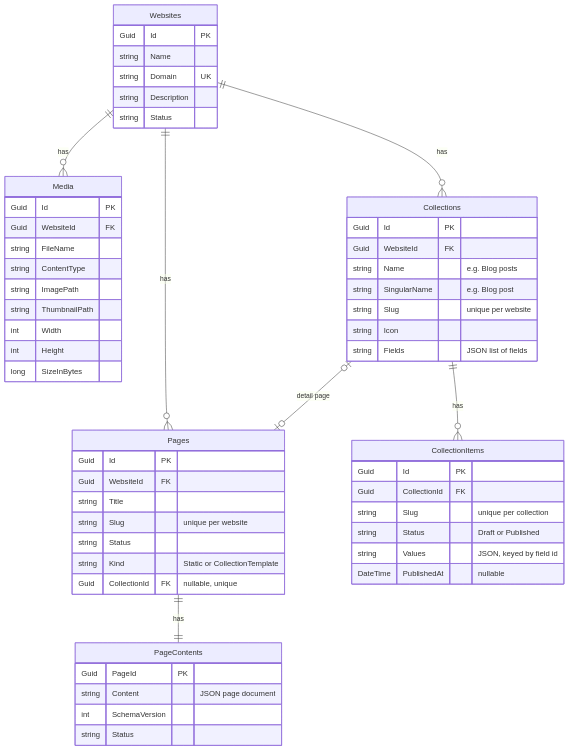
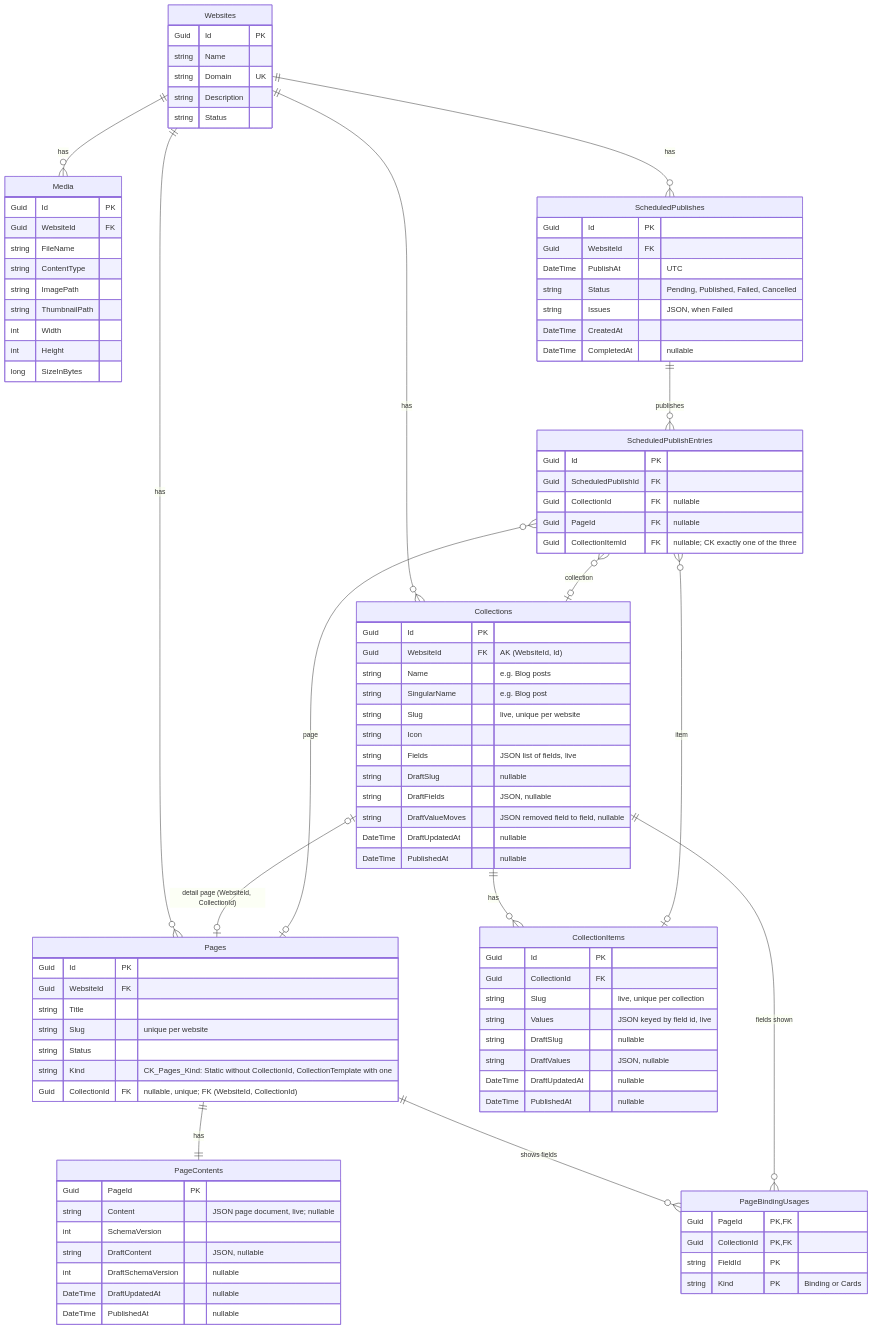
The first of 2 diagrams in src/api/README.md (ericvdberge/Forma), drawn with Mermaid before and after one commit. The commit also changed other lines of this file and 4 other files, not shown here.

````diff
--- a/src/api/README.md
+++ b/src/api/README.md
@@ -30,9 +32,16 @@
     Websites ||--o{ Pages : "has"
     Websites ||--o{ Media : "has"
     Websites ||--o{ Collections : "has"
+    Websites ||--o{ ScheduledPublishes : "has"
     Pages ||--|| PageContents : "has"
     Collections ||--o{ CollectionItems : "has"
-    Collections |o--o| Pages : "detail page"
+    Collections |o--o| Pages : "detail page (WebsiteId, CollectionId)"
+    Pages ||--o{ PageBindingUsages : "shows fields"
+    Collections ||--o{ PageBindingUsages : "fields shown"
+    ScheduledPublishes ||--o{ ScheduledPublishEntries : "publishes"
+    ScheduledPublishEntries }o--o| Collections : "collection"
+    ScheduledPublishEntries }o--o| Pages : "page"
+    ScheduledPublishEntries }o--o| CollectionItems : "item"
 
     Websites {
         Guid Id PK
@@ -47,14 +56,17 @@
         string Title
         string Slug "unique per website"
         string Status
-        string Kind "Static or CollectionTemplate"
-        Guid CollectionId FK "nullable, unique"
+        string Kind "CK_Pages_Kind: Static without CollectionId, CollectionTemplate with one"
+        Guid CollectionId FK "nullable, unique; FK (WebsiteId, CollectionId)"
     }
     PageContents {
         Guid PageId PK
-        string Content "JSON page document"
+        string Content "JSON page document, live; nullable"
         int SchemaVersion
-        string Status
+        string DraftContent "JSON, nullable"
+        int DraftSchemaVersion "nullable"
+        DateTime DraftUpdatedAt "nullable"
+        DateTime PublishedAt "nullable"
     }
     Media {
         Guid Id PK
@@ -69,19 +81,48 @@
     }
     Collections {
         Guid Id PK
-        Guid WebsiteId FK
+        Guid WebsiteId FK "AK (WebsiteId, Id)"
         string Name "e.g. Blog posts"
         string SingularName "e.g. Blog post"
-        string Slug "unique per website"
+        string Slug "live, unique per website"
         string Icon
-        string Fields "JSON list of fields"
+        string Fields "JSON list of fields, live"
+        string DraftSlug "nullable"
+        string DraftFields "JSON, nullable"
+        string DraftValueMoves "JSON removed field to field, nullable"
+        DateTime DraftUpdatedAt "nullable"
+        DateTime PublishedAt "nullable"
     }
     CollectionItems {
         Guid Id PK
         Guid CollectionId FK
-        string Slug "unique per collection"
-        string Status "Draft or Published"
-        string Values "JSON, keyed by field id"
+        string Slug "live, unique per collection"
+        string Values "JSON keyed by field id, live"
+        string DraftSlug "nullable"
+        string DraftValues "JSON, nullable"
+        DateTime DraftUpdatedAt "nullable"
         DateTime PublishedAt "nullable"
     }
+    PageBindingUsages {
+        Guid PageId PK, FK
+        Guid CollectionId PK, FK
+        string FieldId PK
+        string Kind PK "Binding or Cards"
+    }
+    ScheduledPublishes {
+        Guid Id PK
+        Guid WebsiteId FK
+        DateTime PublishAt "UTC"
+        string Status "Pending, Published, Failed, Cancelled"
+        string Issues "JSON, when Failed"
+        DateTime CreatedAt
+        DateTime CompletedAt "nullable"
+    }
+    ScheduledPublishEntries {
+        Guid Id PK
+        Guid ScheduledPublishId FK
+        Guid CollectionId FK "nullable"
+        Guid PageId FK "nullable"
+        Guid CollectionItemId FK "nullable; CK exactly one of the three"
+    }
 ```
````
